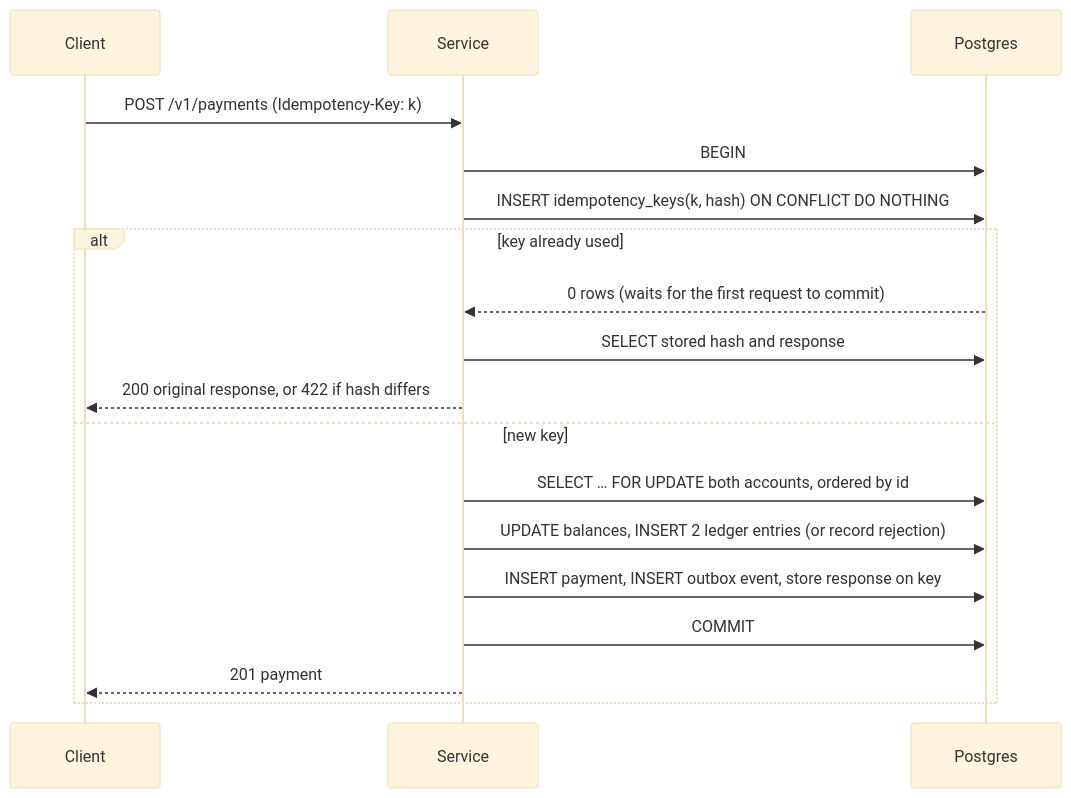
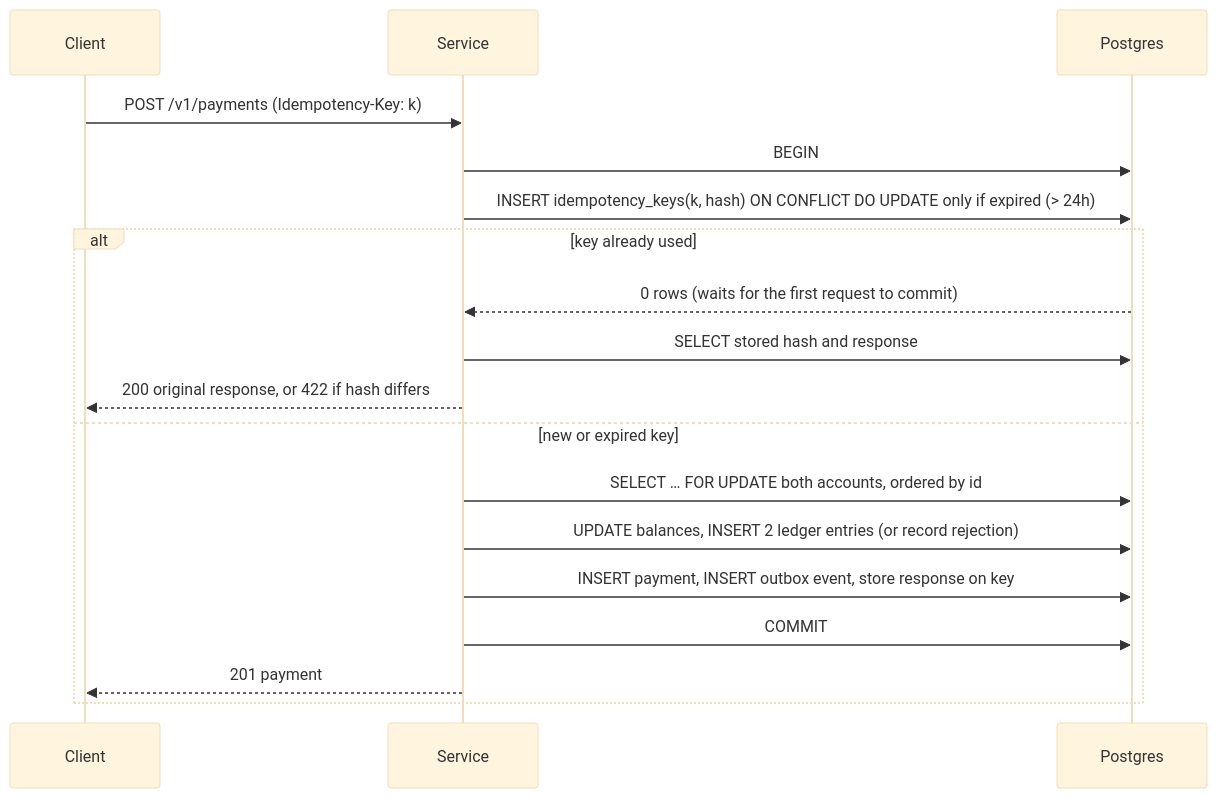
The second of 2 diagrams in README.md (xeeshan16/payment-simulator), drawn with Mermaid (base theme) before and after one commit. The commit also changed other lines of this file and 3 other files, not shown here.

First line of the commit message:
Expire idempotency keys after 24 hours

````diff
--- a/README.md
+++ b/README.md
@@ -49,20 +50,20 @@
 ```mermaid
 sequenceDiagram
     participant C as Client
     participant S as Service
     participant DB as Postgres
     C->>S: POST /v1/payments (Idempotency-Key: k)
     S->>DB: BEGIN
-    S->>DB: INSERT idempotency_keys(k, hash) ON CONFLICT DO NOTHING
+    S->>DB: INSERT idempotency_keys(k, hash) ON CONFLICT DO UPDATE only if expired (> 24h)
     alt key already used
         DB-->>S: 0 rows (waits for the first request to commit)
         S->>DB: SELECT stored hash and response
         S-->>C: 200 original response, or 422 if hash differs
-    else new key
+    else new or expired key
         S->>DB: SELECT … FOR UPDATE both accounts, ordered by id
         S->>DB: UPDATE balances, INSERT 2 ledger entries (or record rejection)
         S->>DB: INSERT payment, INSERT outbox event, store response on key
         S->>DB: COMMIT
         S-->>C: 201 payment
     end
 ```
````
